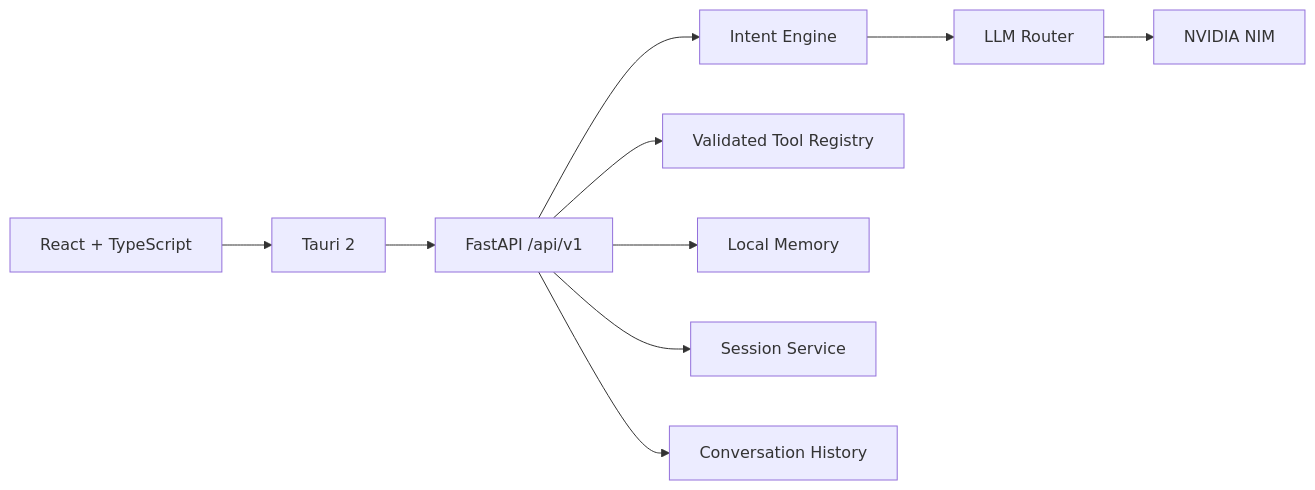
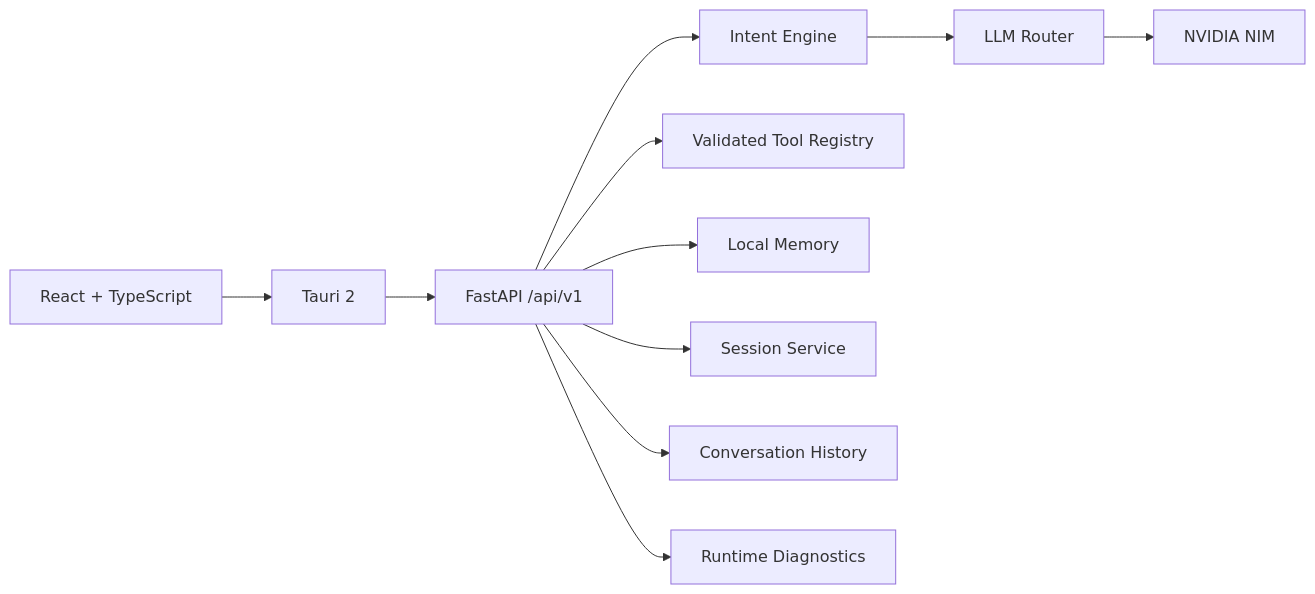
One commit to Sweekar-m/SoulOS changed the diagram in docs/architecture.md. Above: the diagram before and after it, drawn with Mermaid. The commit also changed other lines of this file, not shown here.

Commit message:
docs: define runtime diagnostics architecture boundary

````diff
--- a/docs/architecture.md
+++ b/docs/architecture.md
@@ -5,12 +5,13 @@
 ```mermaid
 flowchart LR
   UI[React + TypeScript] --> TAURI[Tauri 2]
   TAURI --> API[FastAPI /api/v1]
   API --> INTENT[Intent Engine]
   INTENT --> ROUTER[LLM Router]
   ROUTER --> NIM[NVIDIA NIM]
   API --> TOOLS[Validated Tool Registry]
   API --> MEMORY[Local Memory]
   API --> SESSION[Session Service]
   API --> CONVERSATION[Conversation History]
+  API --> DIAGNOSTICS[Runtime Diagnostics]
 ```
````
